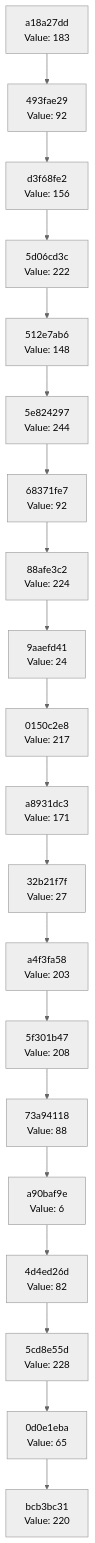
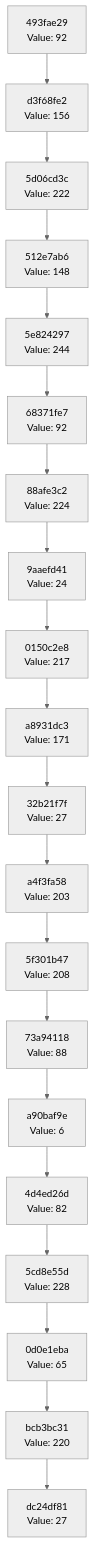
Before and after one commit to Abhisheksinha1506/hash-chain-evolver: the diagram in docs/CHAIN_VISUALIZATION.md, drawn with Mermaid (neutral theme). The commit also changed 2 other files, not shown here.

Commit message:
Evolution Step

````diff
--- a/docs/CHAIN_VISUALIZATION.md
+++ b/docs/CHAIN_VISUALIZATION.md
@@ -3,42 +3,42 @@
 ```mermaid
 graph TD
-    C0["bcb3bc31<br/>Value: 220"]
-    C1["0d0e1eba<br/>Value: 65"]
+    C0["dc24df81<br/>Value: 27"]
+    C1["bcb3bc31<br/>Value: 220"]
     C1 --> C0
-    C2["5cd8e55d<br/>Value: 228"]
+    C2["0d0e1eba<br/>Value: 65"]
     C2 --> C1
-    C3["4d4ed26d<br/>Value: 82"]
+    C3["5cd8e55d<br/>Value: 228"]
     C3 --> C2
-    C4["a90baf9e<br/>Value: 6"]
+    C4["4d4ed26d<br/>Value: 82"]
     C4 --> C3
-    C5["73a94118<br/>Value: 88"]
+    C5["a90baf9e<br/>Value: 6"]
     C5 --> C4
-    C6["5f301b47<br/>Value: 208"]
+    C6["73a94118<br/>Value: 88"]
     C6 --> C5
-    C7["a4f3fa58<br/>Value: 203"]
+    C7["5f301b47<br/>Value: 208"]
     C7 --> C6
-    C8["32b21f7f<br/>Value: 27"]
+    C8["a4f3fa58<br/>Value: 203"]
     C8 --> C7
-    C9["a8931dc3<br/>Value: 171"]
+    C9["32b21f7f<br/>Value: 27"]
     C9 --> C8
-    C10["0150c2e8<br/>Value: 217"]
+    C10["a8931dc3<br/>Value: 171"]
     C10 --> C9
-    C11["9aaefd41<br/>Value: 24"]
+    C11["0150c2e8<br/>Value: 217"]
     C11 --> C10
-    C12["88afe3c2<br/>Value: 224"]
+    C12["9aaefd41<br/>Value: 24"]
     C12 --> C11
-    C13["68371fe7<br/>Value: 92"]
+    C13["88afe3c2<br/>Value: 224"]
     C13 --> C12
-    C14["5e824297<br/>Value: 244"]
+    C14["68371fe7<br/>Value: 92"]
     C14 --> C13
-    C15["512e7ab6<br/>Value: 148"]
+    C15["5e824297<br/>Value: 244"]
     C15 --> C14
-    C16["5d06cd3c<br/>Value: 222"]
+    C16["512e7ab6<br/>Value: 148"]
     C16 --> C15
-    C17["d3f68fe2<br/>Value: 156"]
+    C17["5d06cd3c<br/>Value: 222"]
     C17 --> C16
-    C18["493fae29<br/>Value: 92"]
+    C18["d3f68fe2<br/>Value: 156"]
     C18 --> C17
-    C19["a18a27dd<br/>Value: 183"]
+    C19["493fae29<br/>Value: 92"]
     C19 --> C18
 ```
````
